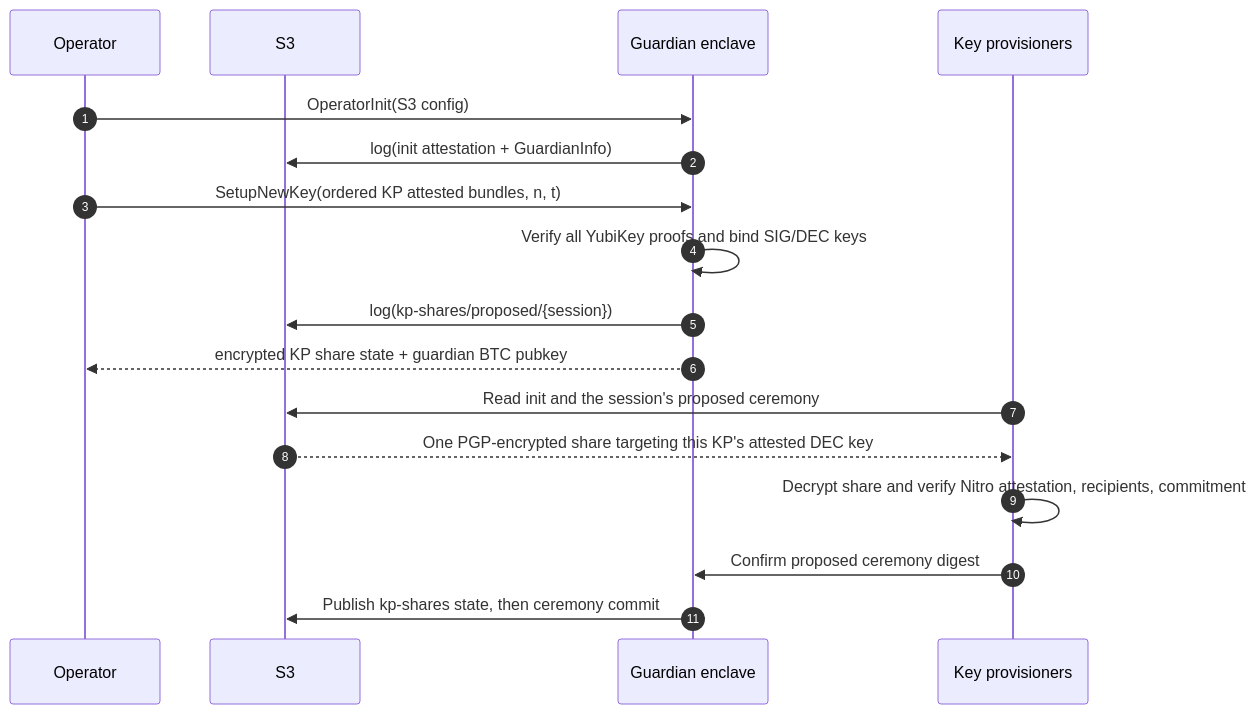
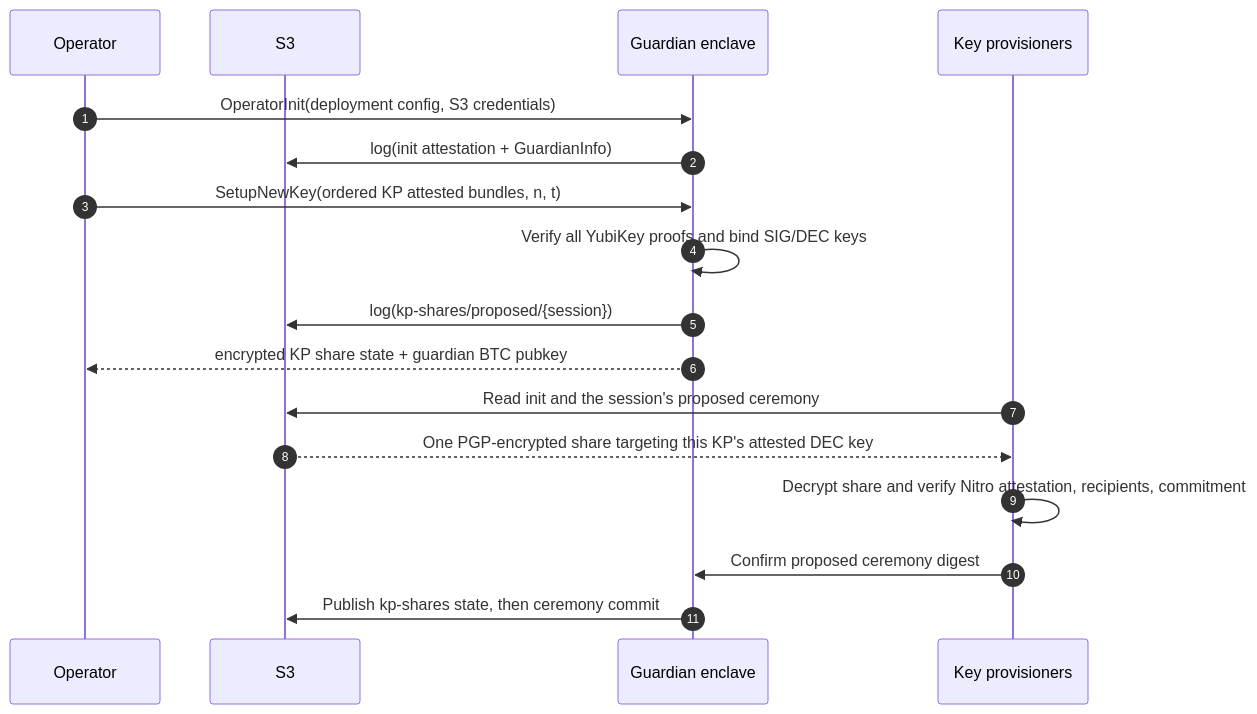
Before and after one commit to MystenLabs/hashi: the first of 4 diagrams in design/docs/guardian.mdx, drawn with Mermaid. The commit also changed other lines of this file and 10 other files, not shown here.

````diff
--- a/design/docs/guardian.mdx
+++ b/design/docs/guardian.mdx
@@ -112,22 +112,22 @@
 ```mermaid
 sequenceDiagram
     autonumber
 
     participant Operator
     participant S3
     participant Guardian as Guardian enclave
     participant KPs as Key provisioners
 
-    Operator->>Guardian: OperatorInit(S3 config)
+    Operator->>Guardian: OperatorInit(deployment config, S3 credentials)
     Guardian->>S3: log(init attestation + GuardianInfo)
     Operator->>Guardian: SetupNewKey(ordered KP attested bundles, n, t)
     Guardian->>Guardian: Verify all YubiKey proofs and bind SIG/DEC keys
     Guardian->>S3: log(kp-shares/proposed/{session})
     Guardian-->>Operator: encrypted KP share state + guardian BTC pubkey
 
     KPs->>S3: Read init and the session's proposed ceremony
     S3-->>KPs: One PGP-encrypted share targeting this KP's attested DEC key
     KPs->>KPs: Decrypt share and verify Nitro attestation, recipients, commitment
     KPs->>Guardian: Confirm proposed ceremony digest
     Guardian->>S3: Publish kp-shares state, then ceremony commit
 ```
````
